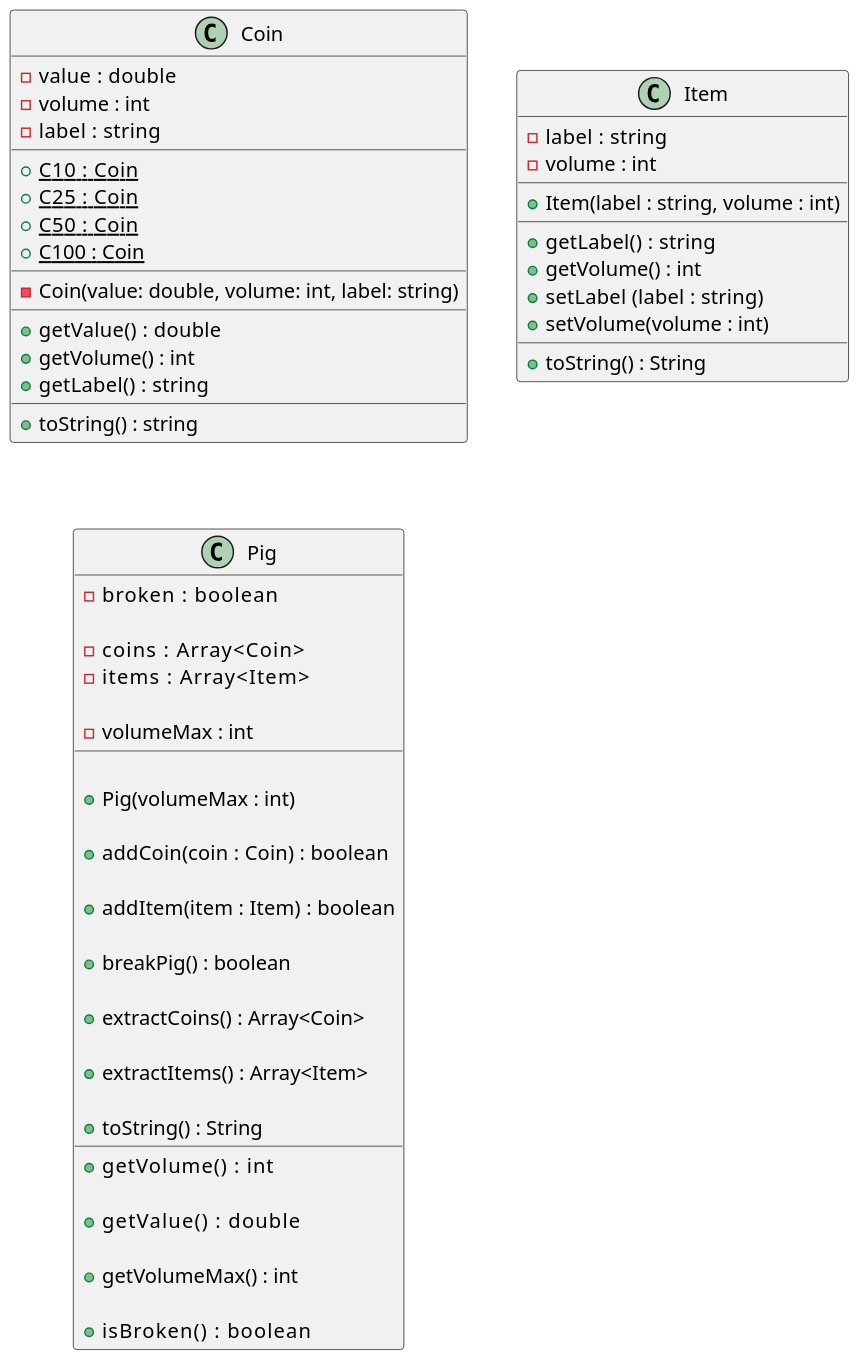
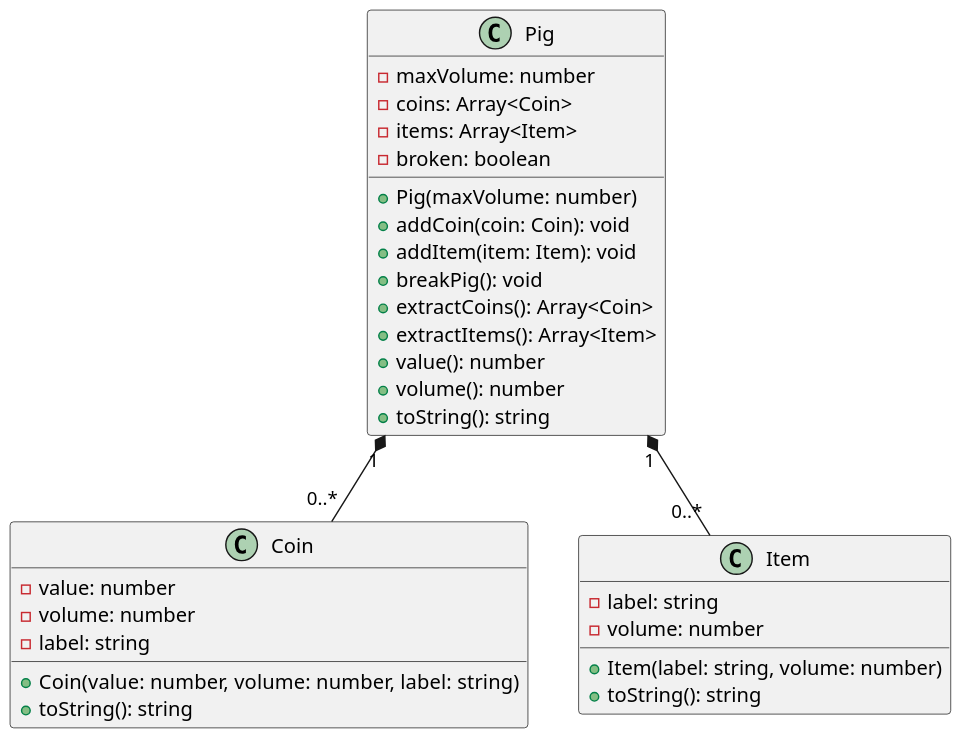
The diagram in labs/porquinho/assets/diagrama.puml (qxcodepoo/arcade), drawn with PlantUML before and after one commit. The commit also changed other lines of this file and 119 other files, not shown here.

```diff
--- a/labs/porquinho/assets/diagrama.puml
+++ b/labs/porquinho/assets/diagrama.puml
@@ -2,93 +1,43 @@
 @startuml
 
 skinparam defaultFontName "Source Code Pro"
 skinparam dpi 150
 
-
-
 class Coin {
-  - value  : double
-  - volume : int
-  - label  : string
+  - value: number
+  - volume: number
+  - label: string
   __
-  ' static const Coin C10; //c++
-  + {static} C10  : Coin
-  + {static} C25  : Coin
-  + {static} C50  : Coin
-  + {static} C100 : Coin
-  __
-  - Coin(value: double, volume: int, label: string)
-  __
-  + getValue()  : double
-  + getVolume() : int
-  + getLabel()  : string
-  __
-  ' retorna value:volume
-  + toString() : string
+  + Coin(value: number, volume: number, label: string)
+  + toString(): string
 }
 
 class Item {
-  - label  : string
-  - volume : int
+  - label: string
+  - volume: number
   __
-  + Item(label : string, volume : int)
-  __
-  + getLabel()  : string
-  + getVolume() : int
-  + setLabel (label  : string)
-  + setVolume(volume : int)
-  __
-  ' retorna label:volume
-  + toString() : String
+  + Item(label: string, volume: number)
+  + toString(): string
 }
 
 class Pig {
-  - broken    : boolean
-
-  - coins     : Array<Coin>
-  - items     : Array<Item>
-
-  - volumeMax : int
+  - maxVolume: number
+  - coins: Array<Coin>
+  - items: Array<Item>
+  - broken: boolean
   __
-  
-  ' inicializa o volumeMax
-  + Pig(volumeMax : int)
-  
-  ' se nao estiver quebrado e couber, adicione a moeda ao vetor de moedas
-  + addCoin(coin  : Coin) : boolean
-  
-  ' se não estiver quebrado e couber, adicione o item ao vetor de itens
-  + addItem(item  : Item) : boolean
-  
-  ' se o porco não estiver quebrado, quebre o porco
-  + breakPig() : boolean
-  
-  ' se estiver quebrado, pegue e retorne as moedas
-  ' se não estiver quebrado, retorne um vetor vazio
-  + extractCoins() : Array<Coin>
-  
-  ' se estiver quebrado, pegue e retorne os itens
-  ' se não estiver quebrado, retorne um vetor vazio
-  + extractItems() : Array<Item>
-  
-  ' retorna uma string com uma lista de itens, valor, volume / volumeMax, 
-  ' e se o porquinho está quebrado ou não
-  + toString() : String
-  __
-  ' se estiver quebrado
-    ' retorne zero
-  ' se não estiver quebrado
-    ' percorre o vetor de moedas e o vetor de itens somando o volume de cada um
-  + getVolume()    : int
-
-  ' percorre o vetor de moedas somando o valor de cada moeda
-  + getValue()     : double
-
-  ' retorna o volumeMax
-  + getVolumeMax() : int
-
-  ' retorna se o porquinho está quebrado ou não
-  + isBroken()     : boolean
+  + Pig(maxVolume: number)
+  + addCoin(coin: Coin): void
+  + addItem(item: Item): void
+  + breakPig(): void
+  + extractCoins(): Array<Coin>
+  + extractItems(): Array<Item>
+  + value(): number
+  + volume(): number
+  + toString(): string
 }
 
+Pig "1" *-- "0..*" Coin
+Pig "1" *-- "0..*" Item
+
 @enduml
```
